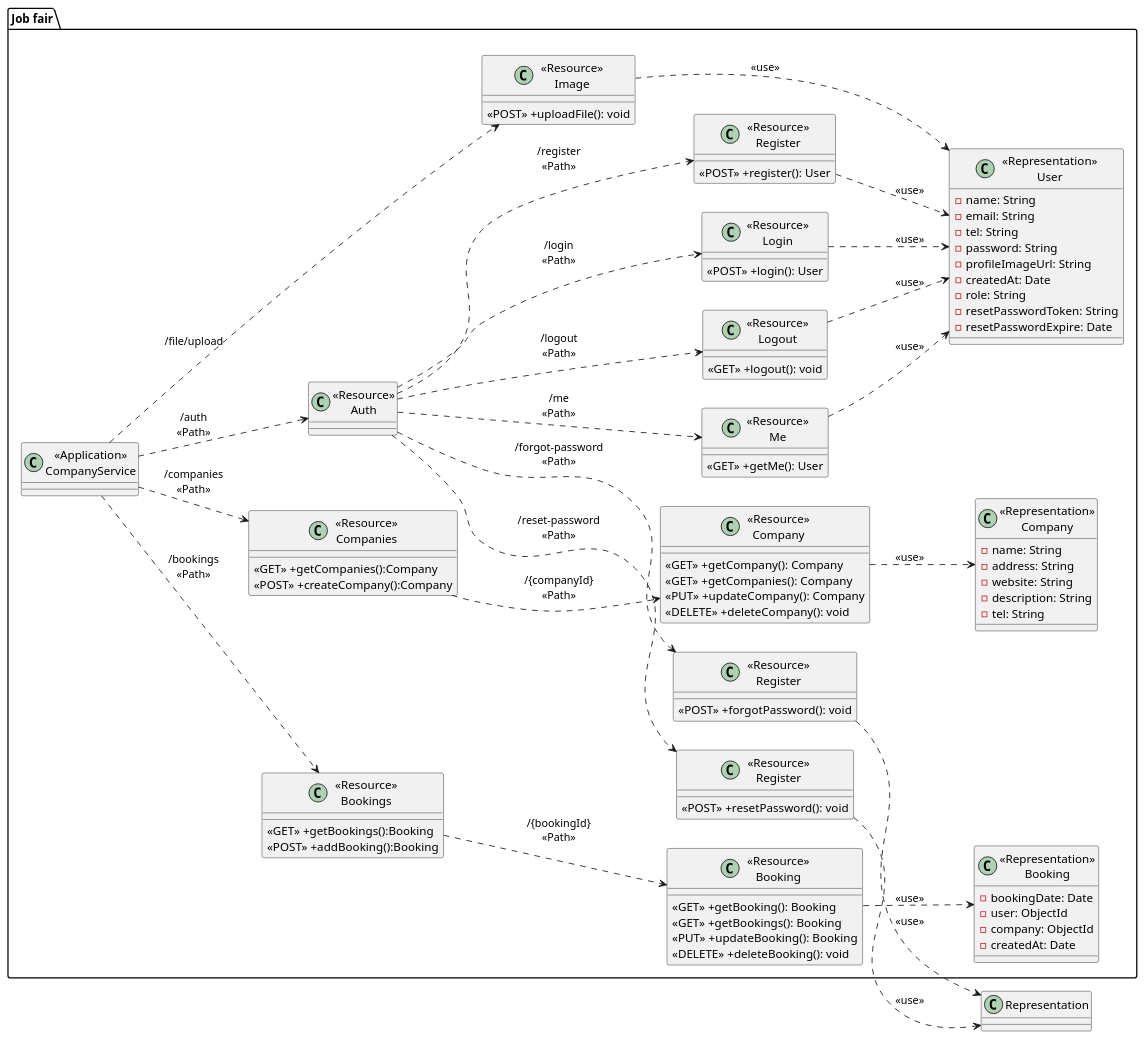
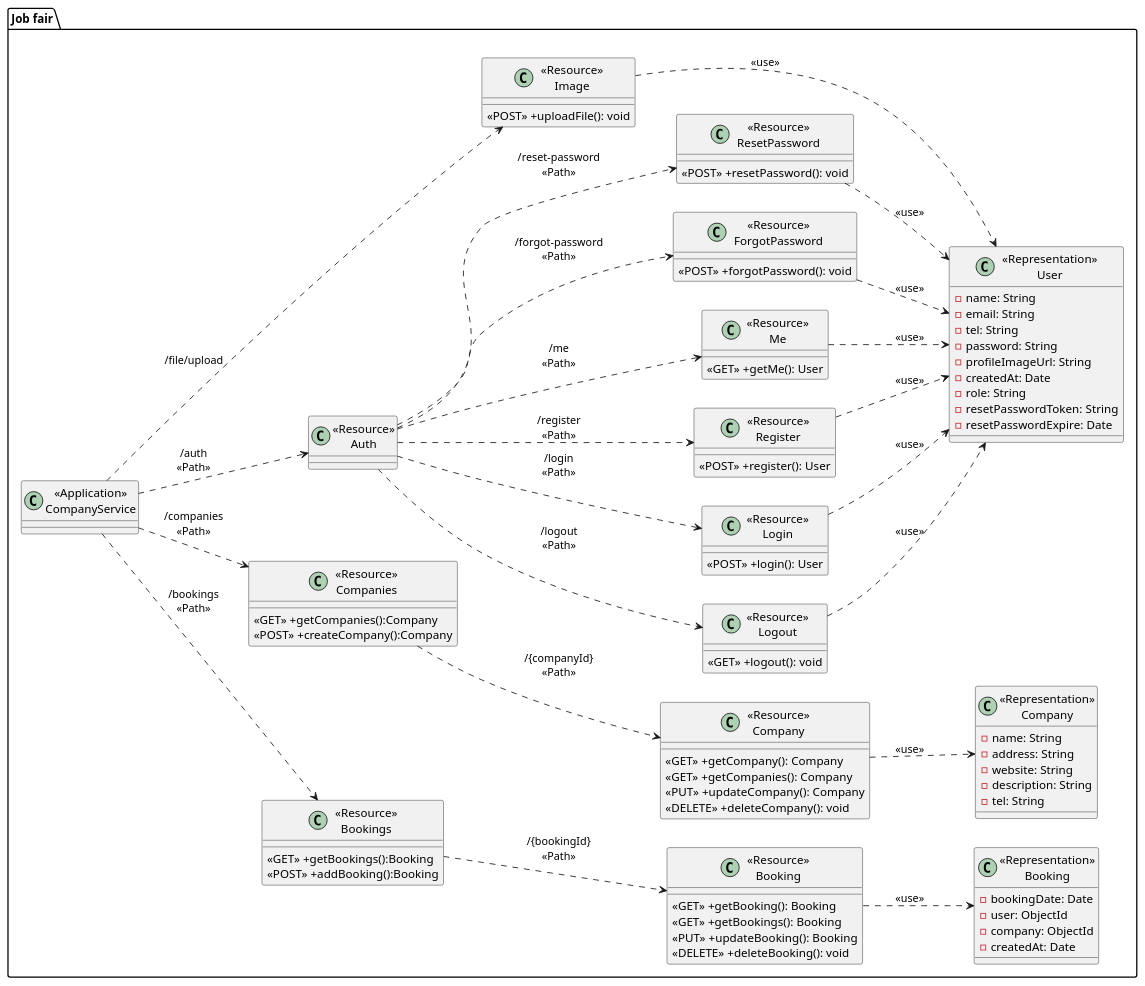
One commit to TeerapatChan/CU-JobfairBackend changed the diagram in diagram/class.puml. Above: the diagram before and after it, drawn with PlantUML. The commit also changed 7 other files, not shown here.

```diff
--- a/diagram/class.puml
+++ b/diagram/class.puml
@@ -1,106 +1,106 @@
 @startuml ClassDiagram
 left to right direction
 package "Job fair"{
     class "<<Application>>\nCompanyService" as CompanyService{}
 
     class "<<Resource>>\nBookings" as ResourceBookings{
         <<GET>> +getBookings():Booking
         <<POST>> +addBooking():Booking
     }
 
     class "<<Resource>>\nCompanies" as ResourceCompanies{
         <<GET>> +getCompanies():Company
         <<POST>> +createCompany():Company
     }
 
     class "<<Resource>>\nAuth" as ResourceAuth{
     }
 
     class "<<Resource>>\nBooking" as ResourceBooking {
         <<GET>> +getBooking(): Booking
         <<GET>> +getBookings(): Booking
         <<PUT>> +updateBooking(): Booking
         <<DELETE>> +deleteBooking(): void
     }
 
     class "<<Resource>>\nCompany" as ResourceCompany {
         <<GET>> +getCompany(): Company
         <<GET>> +getCompanies(): Company
         <<PUT>> +updateCompany(): Company
         <<DELETE>> +deleteCompany(): void
     }
 
     class "<<Resource>>\nLogout" as ResourceLogout {
         <<GET>> +logout(): void
     }
 
     class "<<Resource>>\nLogin" as ResourceLogin {
         <<POST>> +login(): User
     }
     class "<<Resource>>\nRegister" as ResourceRegister {
         <<POST>> +register(): User
     }
     class "<<Resource>>\nMe" as ResourceMe {
         <<GET>> +getMe(): User
     }
-    class "<<Resource>>\nRegister" as ResourceForgotPassword {
+    class "<<Resource>>\nForgotPassword" as ResourceForgotPassword {
         <<POST>> +forgotPassword(): void
     }
-    class "<<Resource>>\nRegister" as ResourceResetPassword {
+    class "<<Resource>>\nResetPassword" as ResourceResetPassword {
         <<POST>> +resetPassword(): void
     }
 
     class "<<Resource>>\nImage" as ResourceImage {
         <<POST>> +uploadFile(): void
     }
 
     class "<<Representation>>\nBooking" as RepresentationBooking {
         -bookingDate: Date
         -user: ObjectId
         -company: ObjectId
         -createdAt: Date
     }
     class "<<Representation>>\nCompany" as RepresentationCompany {
         -name: String
         -address: String
         -website: String
         -description: String
         -tel: String
     }
     class "<<Representation>>\nUser" as RepresentationUser {
         -name: String
         -email: String
         -tel: String
         -password: String
         -profileImageUrl: String
         -createdAt: Date
         -role: String
         -resetPasswordToken: String
         -resetPasswordExpire: Date
     }
 }
 CompanyService ..> ResourceCompanies:"/companies\n<<Path>>"
 CompanyService ..> ResourceBookings:"/bookings\n<<Path>>"
 CompanyService ..> ResourceAuth:"/auth\n<<Path>>"
 CompanyService ..> ResourceImage:"/file/upload"
 
 ResourceBookings ..> ResourceBooking:"/{bookingId}\n<<Path>>"
 ResourceCompanies ..> ResourceCompany:"/{companyId}\n<<Path>>"
 ResourceAuth ..> ResourceLogin:"/login\n<<Path>>"
 ResourceAuth ..> ResourceLogout:"/logout\n<<Path>>"
 ResourceAuth ..> ResourceRegister:"/register\n<<Path>>"
 ResourceAuth ..> ResourceMe:"/me\n<<Path>>"
 ResourceAuth ..> ResourceForgotPassword:"/forgot-password\n<<Path>>"
 ResourceAuth ..> ResourceResetPassword:"/reset-password\n<<Path>>"
 
+ResourceForgotPassword ..> RepresentationUser:"<<use>>"
+ResourceResetPassword ..> RepresentationUser:"<<use>>"
 ResourceBooking ..> RepresentationBooking:"<<use>>"
 ResourceCompany ..> RepresentationCompany:"<<use>>"
 ResourceImage ..> RepresentationUser:"<<use>>"
 ResourceLogin ..> RepresentationUser:"<<use>>"
 ResourceLogout ..> RepresentationUser:"<<use>>"
 ResourceRegister ..> RepresentationUser:"<<use>>"
 ResourceMe ..> RepresentationUser:"<<use>>"
-ResourceForgotPassword ..> Representation:"<<use>>"
-ResourceResetPassword ..> Representation:"<<use>>"
 
 @enduml
```
